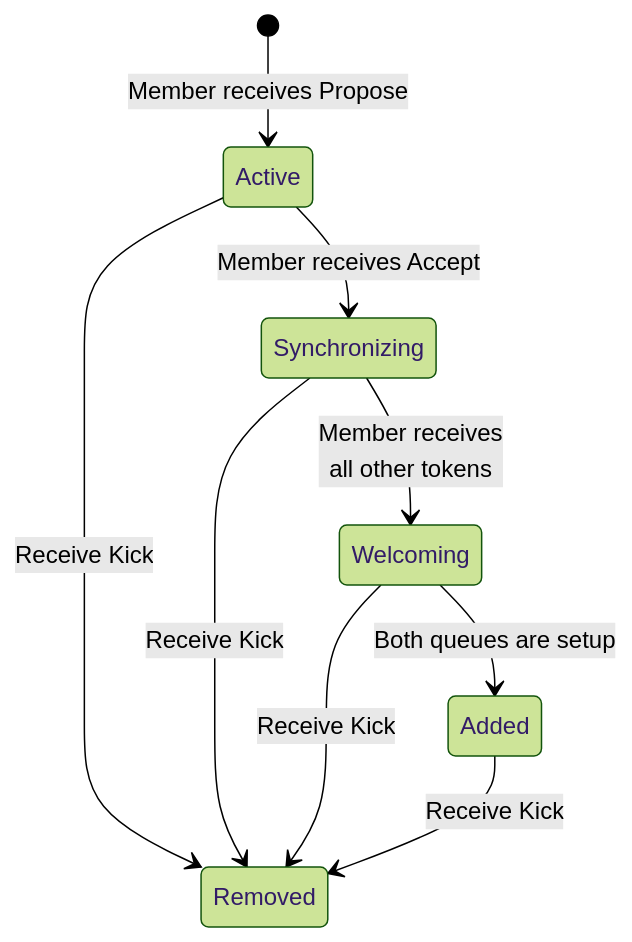
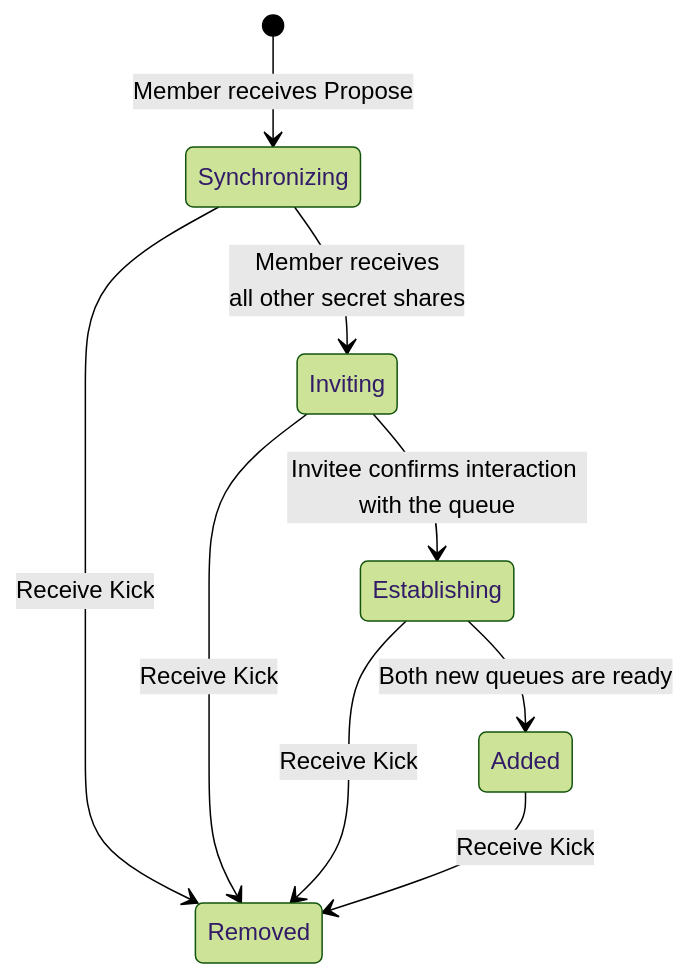
One commit to simplex-chat/simplexmq changed the second of 8 diagrams in rfcs/2022-06-11-private-groups.md. Above: the diagram before and after it, drawn with Mermaid (forest theme). The commit also changed other lines of this file and 1 other file, not shown here.

Commit message:
Update the remainder of the RFC markdown file to describe the secret splitting approach, rather than the original token based approach.

````diff
--- a/rfcs/2022-06-11-private-groups.md
+++ b/rfcs/2022-06-11-private-groups.md
@@ -185,11 +177,11 @@
 ```mermaid
 stateDiagram-v2
-    [*] --> Active : Member receives Propose
-    Active --> Synchronizing : Member receives Accept
-    Synchronizing --> Welcoming : Member receives<br>all other tokens
-    Welcoming --> Added : Both queues are setup
-    Active --> Removed : Receive Kick
+    [*] --> Synchronizing : Member receives Propose
+    Synchronizing --> Inviting : Member receives<br>all other secret shares
+    Inviting --> Establishing : Invitee confirms interaction with the queue
+    Establishing --> Added : Both new queues are ready
     Synchronizing --> Removed : Receive Kick
-    Welcoming --> Removed : Receive Kick
+    Inviting --> Removed : Receive Kick
+    Establishing --> Removed : Receive Kick
     Added --> Removed : Receive Kick
 ```
````
